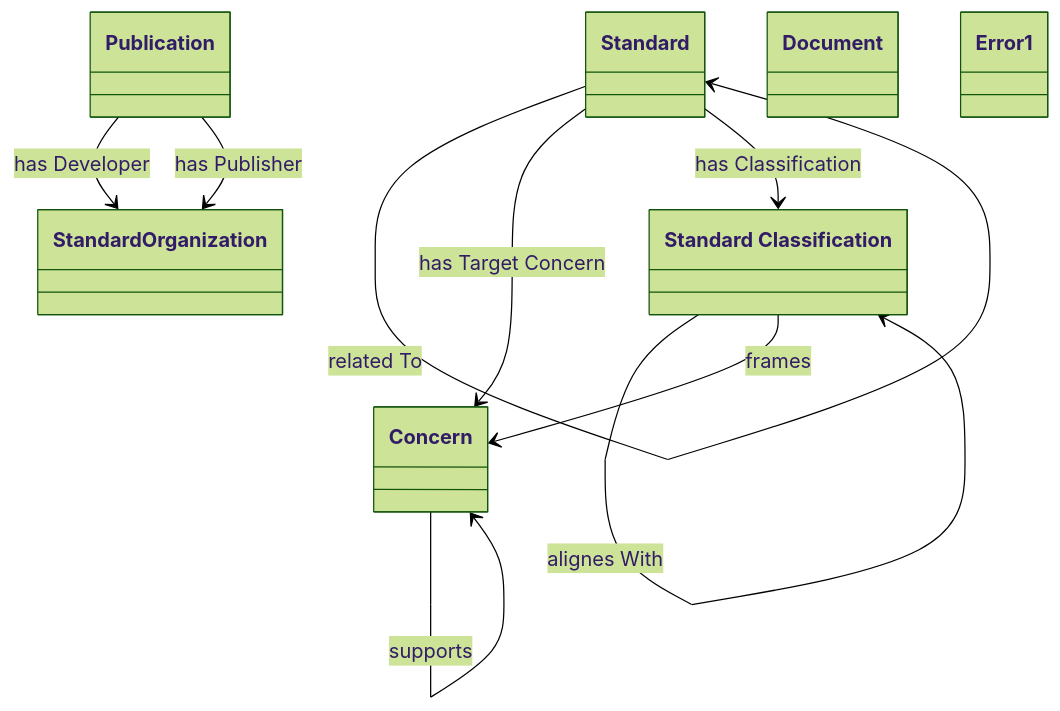
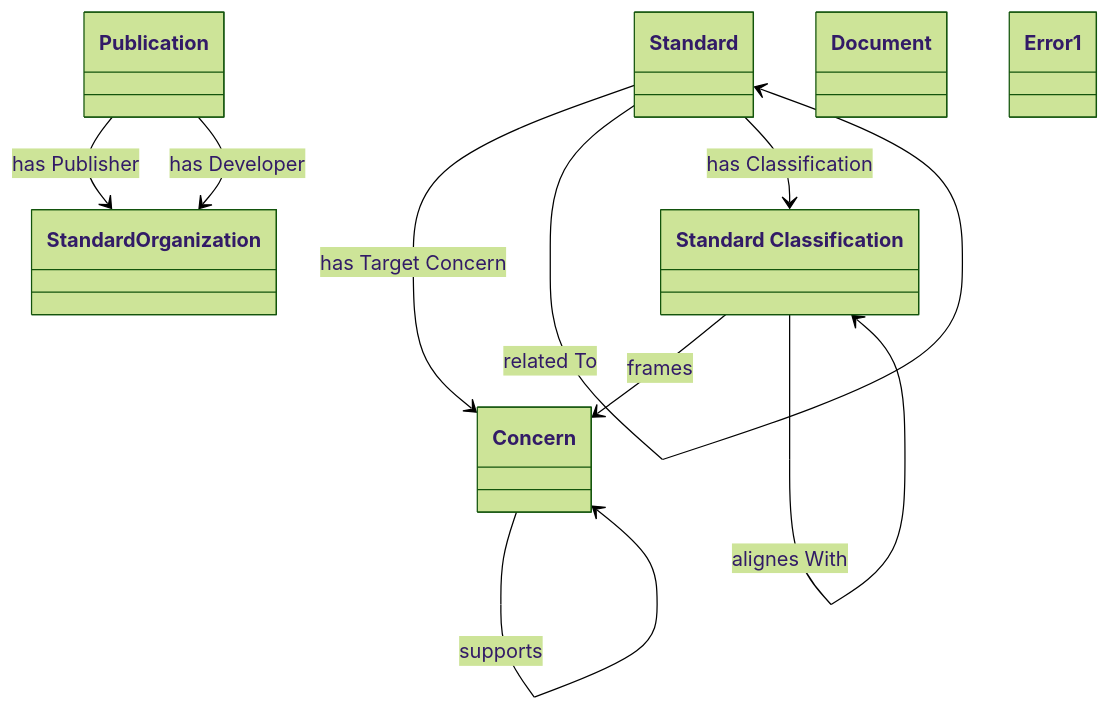
One commit to oeg-upm/Devos changed the diagram in output/ieswc_freq/i40.ttl-freq-7-0-hard.md. Above: the diagram before and after it, drawn with Mermaid (forest theme). The commit also changed other lines of this file and 131 other files, not shown here.

````diff
--- a/output/ieswc_freq/i40.ttl-freq-7-0-hard.md
+++ b/output/ieswc_freq/i40.ttl-freq-7-0-hard.md
@@ -1,53 +1,53 @@
 ```mermaid
 	classDiagram
 
     
     class `Standard Classification` {
     
     }
 
     class `Publication` {
     
     }
 
     class `Concern` {
     
     }
 
     class `Standard` {
     
     }
 
     class `StandardOrganization` {
     
     }
 
     class `Document` {
     
     }
 
     class `Error1` {
     
     }
 
 
 
 `Concern`  --> `Concern`   :supports  
 
-`Standard Classification`  --> `Standard Classification`   :alignes With  
+`Standard Classification`  --> `Concern`   :frames  
 
-`Standard Classification`  --> `Concern`   :frames  
+`Publication`  --> `StandardOrganization`   :has Publisher  
+
+`Standard`  --> `Concern`   :has Target Concern  
+
+`Standard`  --> `Standard`   :related To  
 
 `Publication`  --> `StandardOrganization`   :has Developer  
 
 `Standard Classification`  --> `Standard Classification`   :alignes With  
 
-`Standard`  --> `Standard`   :related To  
-
-`Publication`  --> `StandardOrganization`   :has Publisher  
-
-`Standard`  --> `Concern`   :has Target Concern  
+`Standard Classification`  --> `Standard Classification`   :alignes With  
 
 `Standard`  --> `Standard Classification`   :has Classification  
 
 ```
````
